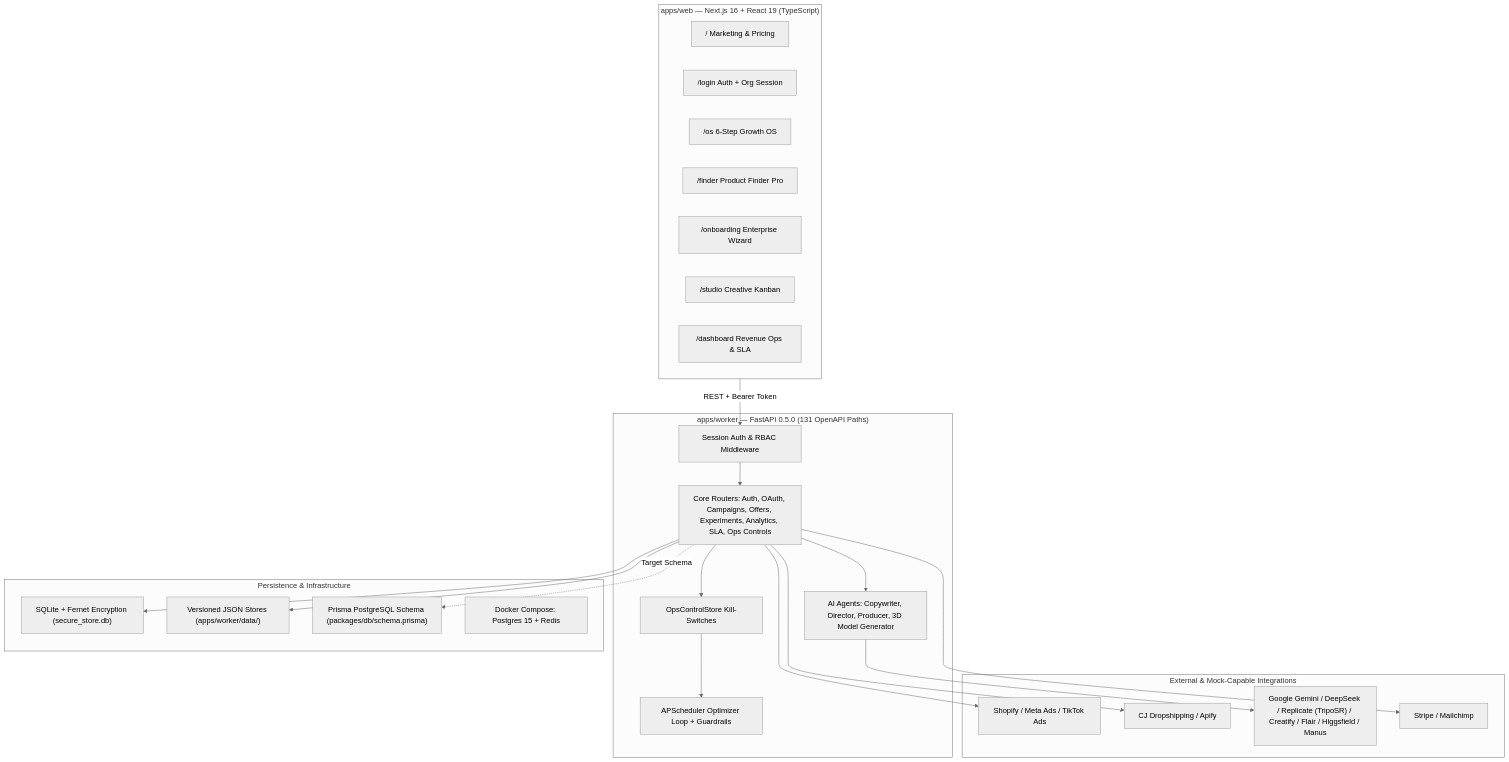
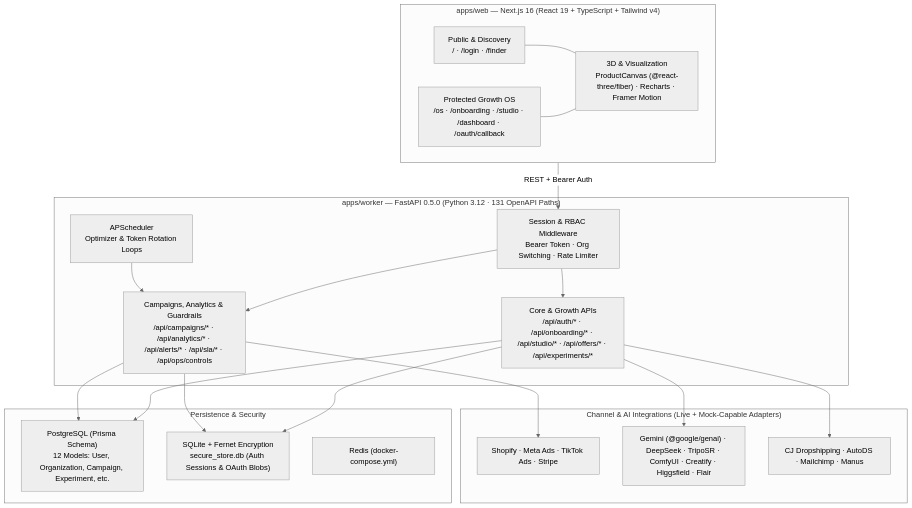
The diagram in README.md (Anwarito-lbd/conversioncraft), drawn with Mermaid (neutral theme) before and after one commit. The commit also changed other lines of this file and 2 other files, not shown here.

Commit message:
docs: add verified OpenAPI schema summary and refine portfolio README/case study

````diff
--- a/README.md
+++ b/README.md
@@ -11,47 +21,41 @@
 ```mermaid
 flowchart TB
-    subgraph Client["apps/web — Next.js 16 + React 19 (TypeScript)"]
-        Home["/ Marketing & Pricing"]
-        Login["/login Auth + Org Session"]
-        OS["/os 6-Step Growth OS"]
-        Finder["/finder Product Finder Pro"]
-        Onboard["/onboarding Enterprise Wizard"]
-        Studio["/studio Creative Kanban"]
-        Dash["/dashboard Revenue Ops & SLA"]
+    subgraph Client["apps/web — Next.js 16 (React 19 + TypeScript + Tailwind v4)"]
+        UI_Pub["Public & Discovery<br/>/ · /login · /finder"]
+        UI_OS["Protected Growth OS<br/>/os · /onboarding · /studio · /dashboard · /oauth/callback"]
+        UI_3D["3D & Visualization<br/>ProductCanvas (@react-three/fiber) · Recharts · Framer Motion"]
+        UI_Pub --- UI_3D
+        UI_OS --- UI_3D
     end
 
-    subgraph Worker["apps/worker — FastAPI 0.5.0 (131 OpenAPI Paths)"]
-        AuthMW["Session Auth & RBAC Middleware"]
-        CoreAPI["Core Routers: Auth, OAuth, Campaigns, Offers, Experiments, Analytics, SLA, Ops Controls"]
-        Agents["AI Agents: Copywriter, Director, Producer, 3D Model Generator"]
-        Scheduler["APScheduler Optimizer Loop + Guardrails"]
-        KillSwitch["OpsControlStore Kill-Switches"]
+    subgraph Worker["apps/worker — FastAPI 0.5.0 (Python 3.12 · 131 OpenAPI Paths)"]
+        MW["Session & RBAC Middleware<br/>Bearer Token · Org Switching · Rate Limiter"]
+        API_Core["Core & Growth APIs<br/>/api/auth/* · /api/onboarding/* · /api/studio/* · /api/offers/* · /api/experiments/*"]
+        API_Ops["Campaigns, Analytics & Guardrails<br/>/api/campaigns/* · /api/analytics/* · /api/alerts/* · /api/sla/* · /api/ops/controls"]
+        Sched["APScheduler<br/>Optimizer & Token Rotation Loops"]
+        MW --> API_Core
+        MW --> API_Ops
+        Sched --> API_Ops
     end
 
-    subgraph Storage["Persistence & Infrastructure"]
-        SQLite["SQLite + Fernet Encryption (secure_store.db)"]
-        JSONStores["Versioned JSON Stores (apps/worker/data/)"]
-        Prisma["Prisma PostgreSQL Schema (packages/db/schema.prisma)"]
-        Docker["Docker Compose: Postgres 15 + Redis"]
+    subgraph Data["Persistence & Security"]
+        PG["PostgreSQL (Prisma Schema)<br/>12 Models: User, Organization, Campaign, Experiment, etc."]
+        SQLite["SQLite + Fernet Encryption<br/>secure_store.db (Auth Sessions & OAuth Blobs)"]
+        Redis["Redis (docker-compose.yml)"]
     end
 
-    subgraph Integrations["External & Mock-Capable Integrations"]
-        Ads["Shopify / Meta Ads / TikTok Ads"]
-        Sourcing["CJ Dropshipping / Apify"]
-        AI["Google Gemini / DeepSeek / Replicate (TripoSR) / Creatify / Flair / Higgsfield / Manus"]
-        Billing["Stripe / Mailchimp"]
+    subgraph External["Channel & AI Integrations (Live + Mock-Capable Adapters)"]
+        Channels["Shopify · Meta Ads · TikTok Ads · Stripe"]
+        AI["Gemini (@google/genai) · DeepSeek · TripoSR · ComfyUI · Creatify · Higgsfield · Flair"]
+        Commerce["CJ Dropshipping · AutoDS · Mailchimp · Manus"]
     end
 
-    Client -->|REST + Bearer Token| AuthMW
-    AuthMW --> CoreAPI
-    CoreAPI --> Agents
-    CoreAPI --> KillSwitch
-    KillSwitch --> Scheduler
-    CoreAPI --> SQLite
-    CoreAPI --> JSONStores
-    CoreAPI -.->|Target Schema| Prisma
-    CoreAPI --> Ads
-    CoreAPI --> Sourcing
-    Agents --> AI
-    CoreAPI --> Billing
+    Client -- "REST + Bearer Auth" --> MW
+    API_Core --> PG
+    API_Core --> SQLite
+    API_Ops --> PG
+    API_Ops --> SQLite
+    API_Core --> AI
+    API_Core --> Commerce
+    API_Ops --> Channels
 ```
````
